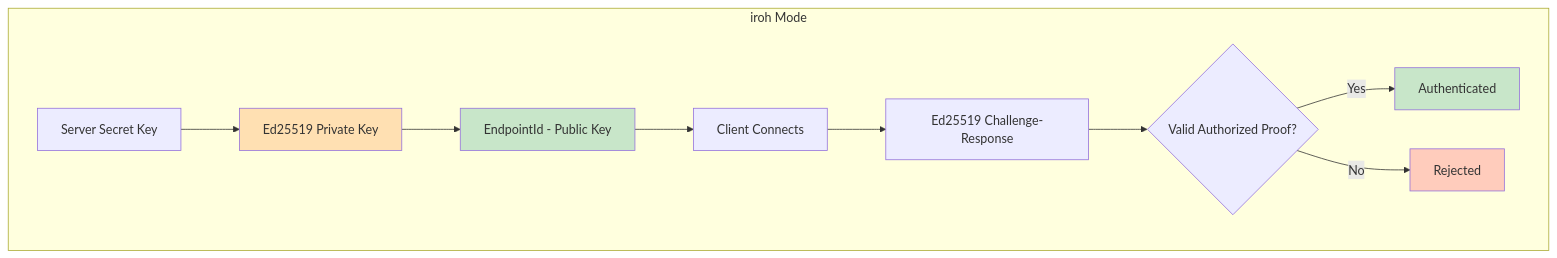
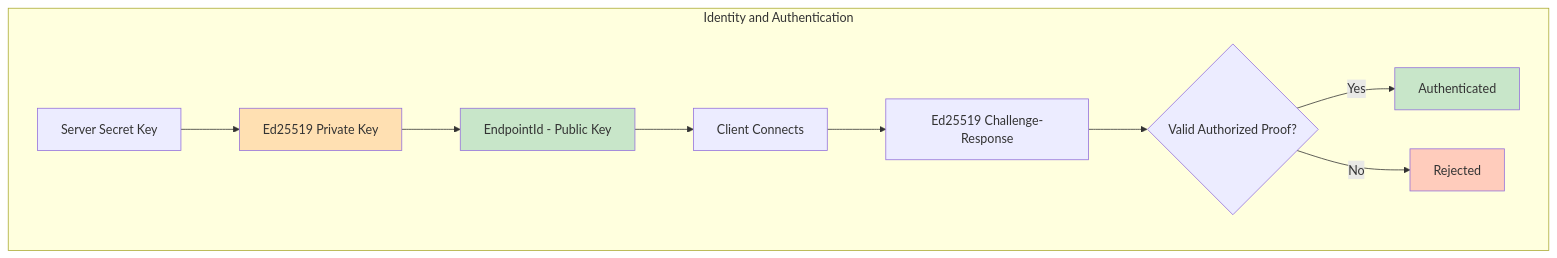
Diagram 12 of 18 in docs/ARCHITECTURE.md (andrewtheguy/tunnel-rs), drawn with Mermaid before and after one commit. The commit also changed other lines of this file and 19 other files, not shown here.

First line of the commit message:
Align iroh docs with the shared architecture repo and drop the `mode` key (#110)

````diff
--- a/docs/ARCHITECTURE.md
+++ b/docs/ARCHITECTURE.md
@@ -511,17 +471,17 @@
 ```mermaid
 graph TB
-    subgraph "iroh Mode"
+    subgraph "Identity and Authentication"
         A[Server Secret Key] --> B[Ed25519 Private Key]
         B --> C[EndpointId - Public Key]
         C --> D[Client Connects]
         D --> E[Ed25519 Challenge-Response]
         E --> F{Valid Authorized Proof?}
         F -->|Yes| G[Authenticated]
         F -->|No| H[Rejected]
     end
 
     style B fill:#FFE0B2
     style C fill:#C8E6C9
     style G fill:#C8E6C9
     style H fill:#FFCCBC
 ```
````
